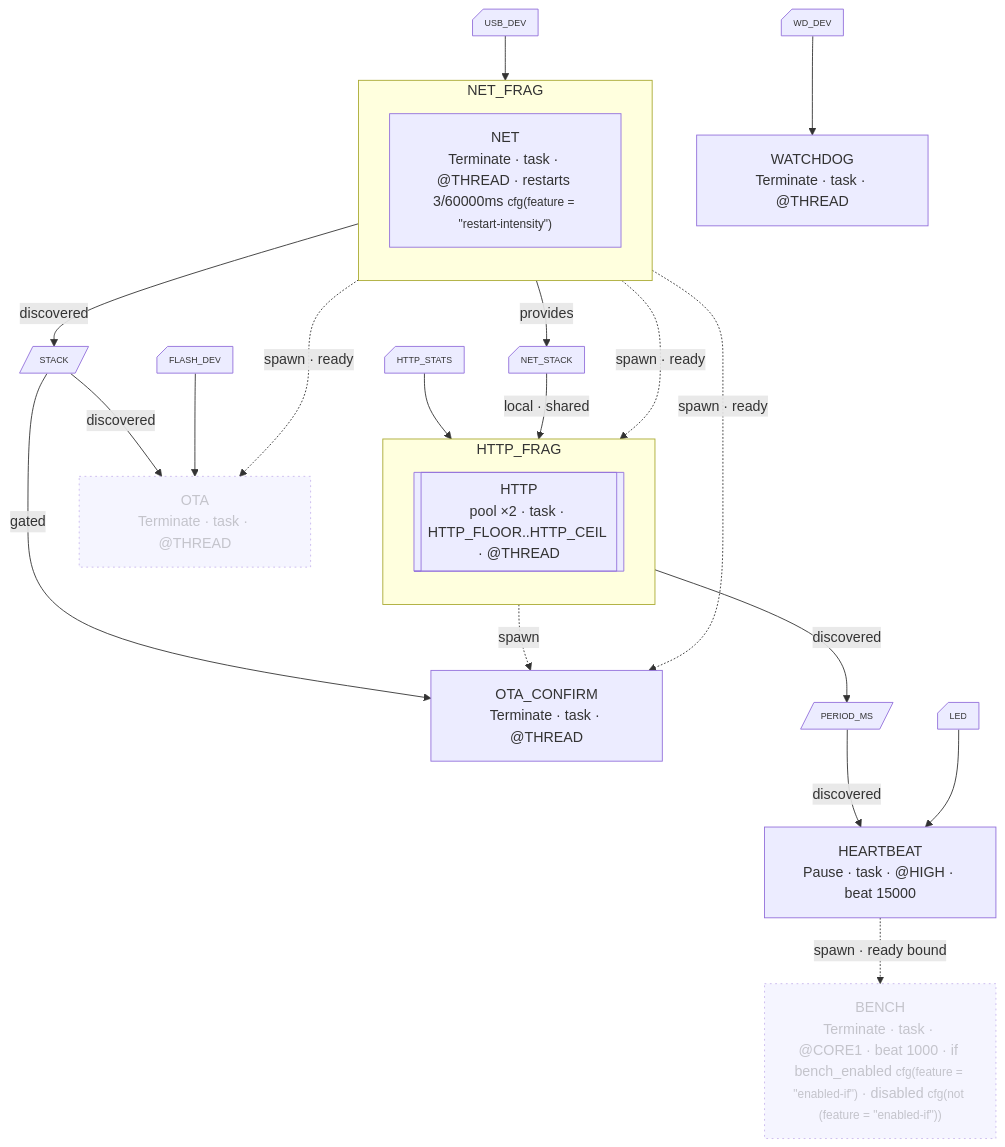
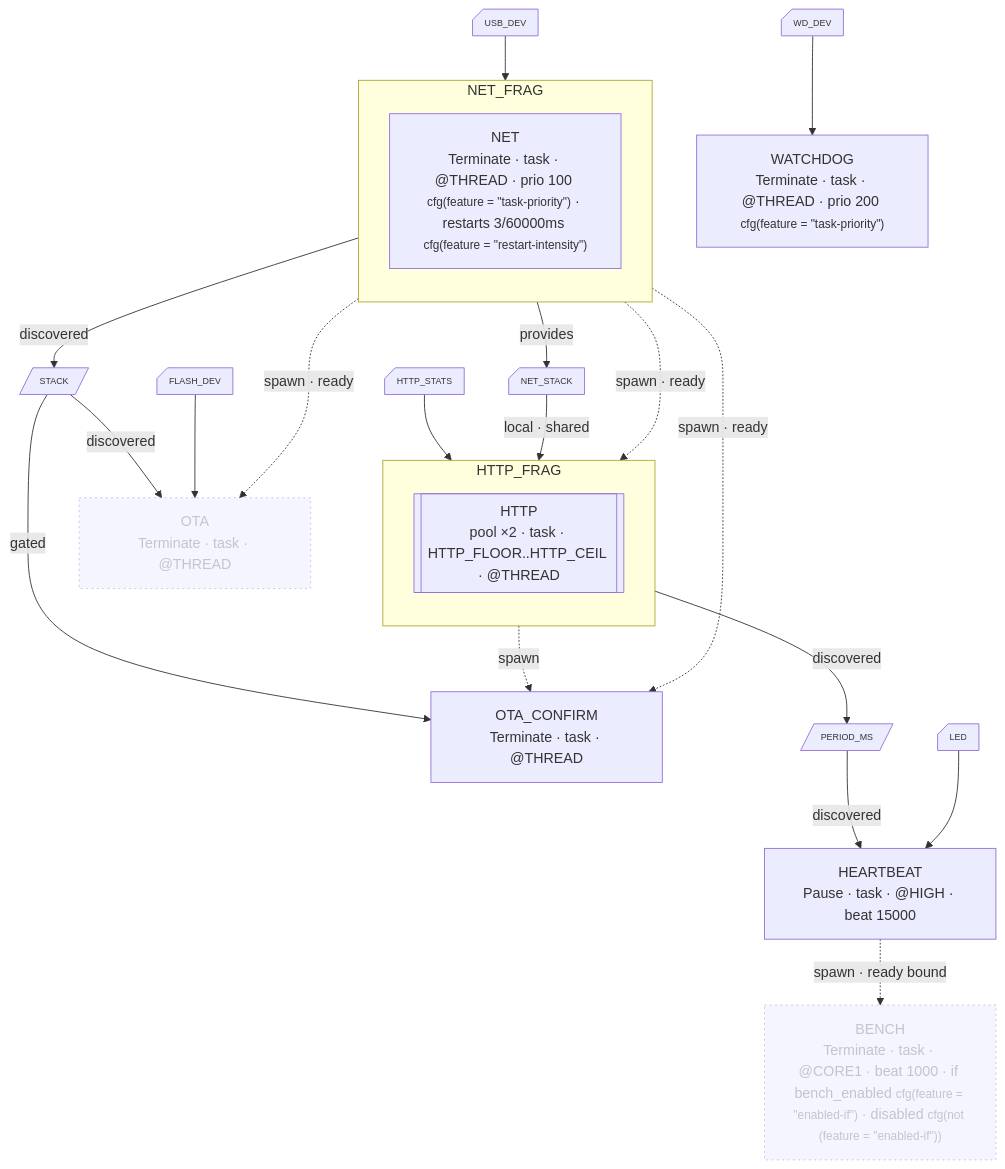
One commit to cedrivard/embassy-supervisor changed the diagram in firmware/README.md. Above: the diagram before and after it, drawn with Mermaid. The commit also changed other lines of this file and 74 other files, not shown here.

````diff
--- a/firmware/README.md
+++ b/firmware/README.md
@@ -20,55 +20,55 @@
 ```mermaid
 %% runtime coupling: compose_graph!  (firmware/src/main.rs:23)
 flowchart TD
   accDescr: supervisor task graph declared at firmware/src/main.rs:23
   subgraph f_NET_FRAG["NET_FRAG"]
     direction TD
-    n_NET["NET<br/>Terminate · task · @THREAD · restarts 3/60000ms <small>cfg(feature = #quot;restart-intensity#quot;)</small>"]
+    n_NET["NET<br/>Terminate · task · @THREAD · prio 100 <small>cfg(feature = #quot;task-priority#quot;)</small> · restarts 3/60000ms <small>cfg(feature = #quot;restart-intensity#quot;)</small>"]
   end
   subgraph f_HTTP_FRAG["HTTP_FRAG"]
     direction TD
     n_HTTP[["HTTP<br/>pool ×2 · task · HTTP_FLOOR..HTTP_CEIL · @THREAD"]]
   end
-  n_WATCHDOG["WATCHDOG<br/>Terminate · task · @THREAD"]
+  n_WATCHDOG["WATCHDOG<br/>Terminate · task · @THREAD · prio 200 <small>cfg(feature = #quot;task-priority#quot;)</small>"]
   n_HEARTBEAT["HEARTBEAT<br/>Pause · task · @HIGH · beat 15000"]
   n_OTA["OTA<br/>Terminate · task · @THREAD"]
   n_BENCH["BENCH<br/>Terminate · task · @CORE1 · beat 1000 · if bench_enabled <small>cfg(feature = #quot;enabled-if#quot;)</small> · disabled <small>cfg(not (feature = #quot;enabled-if#quot;))</small>"]
   n_OTA_CONFIRM["OTA_CONFIRM<br/>Terminate · task · @THREAD"]
 
   n_NET -. "spawn · ready" .-> n_HTTP
   n_NET -. "spawn · ready" .-> n_OTA
   n_HEARTBEAT -. "spawn · ready bound" .-> n_BENCH
   n_HTTP -. "spawn" .-> n_OTA_CONFIRM
   n_NET -. "spawn · ready" .-> n_OTA_CONFIRM
 
   s_crate__net__STACK[/"STACK"/]
   n_NET -- "discovered" --> s_crate__net__STACK
   s_heartbeat__PERIOD_MS[/"PERIOD_MS"/]
   n_HTTP -- "discovered" --> s_heartbeat__PERIOD_MS
   s_crate__net__STACK -- "discovered" --> n_OTA
   s_crate__net__STACK -- "gated" --> n_OTA_CONFIRM
   s_heartbeat__PERIOD_MS -- "discovered" --> n_HEARTBEAT
   class s_crate__net__STACK,s_heartbeat__PERIOD_MS signal;
 
   r_USB_DEV@{ shape: notch-rect, label: "USB_DEV" }
   r_HTTP_STATS@{ shape: notch-rect, label: "HTTP_STATS" }
   r_NET_STACK@{ shape: notch-rect, label: "NET_STACK" }
   r_WD_DEV@{ shape: notch-rect, label: "WD_DEV" }
   r_LED@{ shape: notch-rect, label: "LED" }
   r_FLASH_DEV@{ shape: notch-rect, label: "FLASH_DEV" }
   r_USB_DEV --> n_NET
   r_HTTP_STATS --> n_HTTP
   r_NET_STACK -- "local · shared" --> n_HTTP
   r_WD_DEV --> n_WATCHDOG
   r_LED --> n_HEARTBEAT
   r_FLASH_DEV --> n_OTA
   n_NET -- "provides" --> r_NET_STACK
   class r_USB_DEV,r_HTTP_STATS,r_NET_STACK,r_WD_DEV,r_LED,r_FLASH_DEV resource;
 
   class n_OTA,n_BENCH disabled;
   classDef parked stroke-dasharray:4 3;
   classDef disabled stroke-dasharray:2 4,opacity:0.5;
   classDef external stroke-dasharray:3 3,opacity:0.7;
   classDef signal stroke-width:1px,font-size:10px;
   classDef resource stroke-width:1px,stroke-dasharray:0,font-size:10px;
 ```
````
